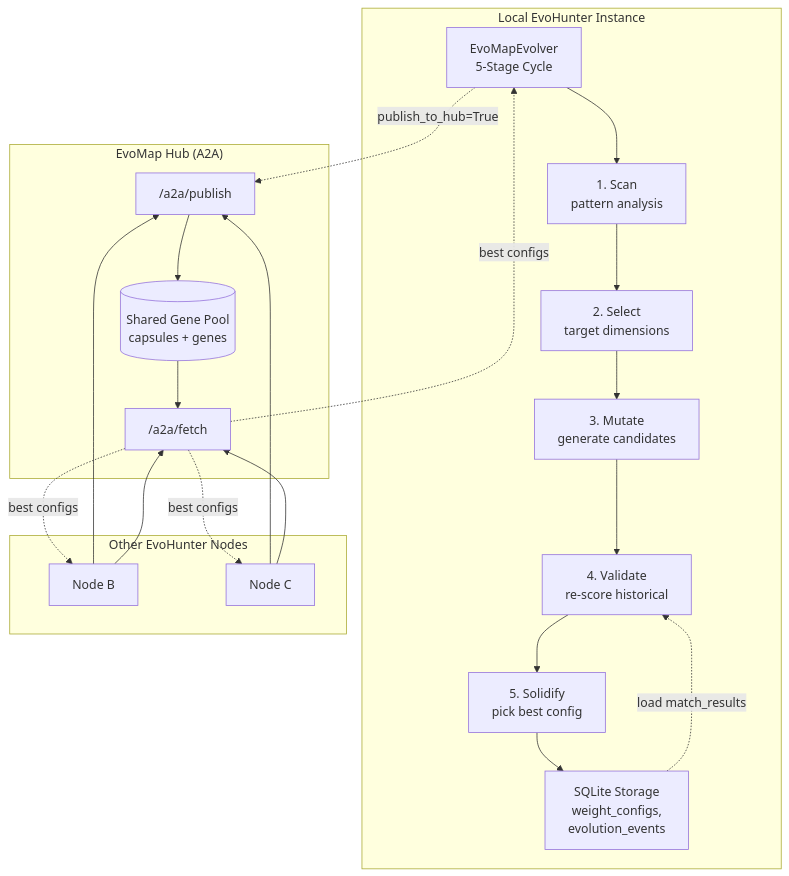
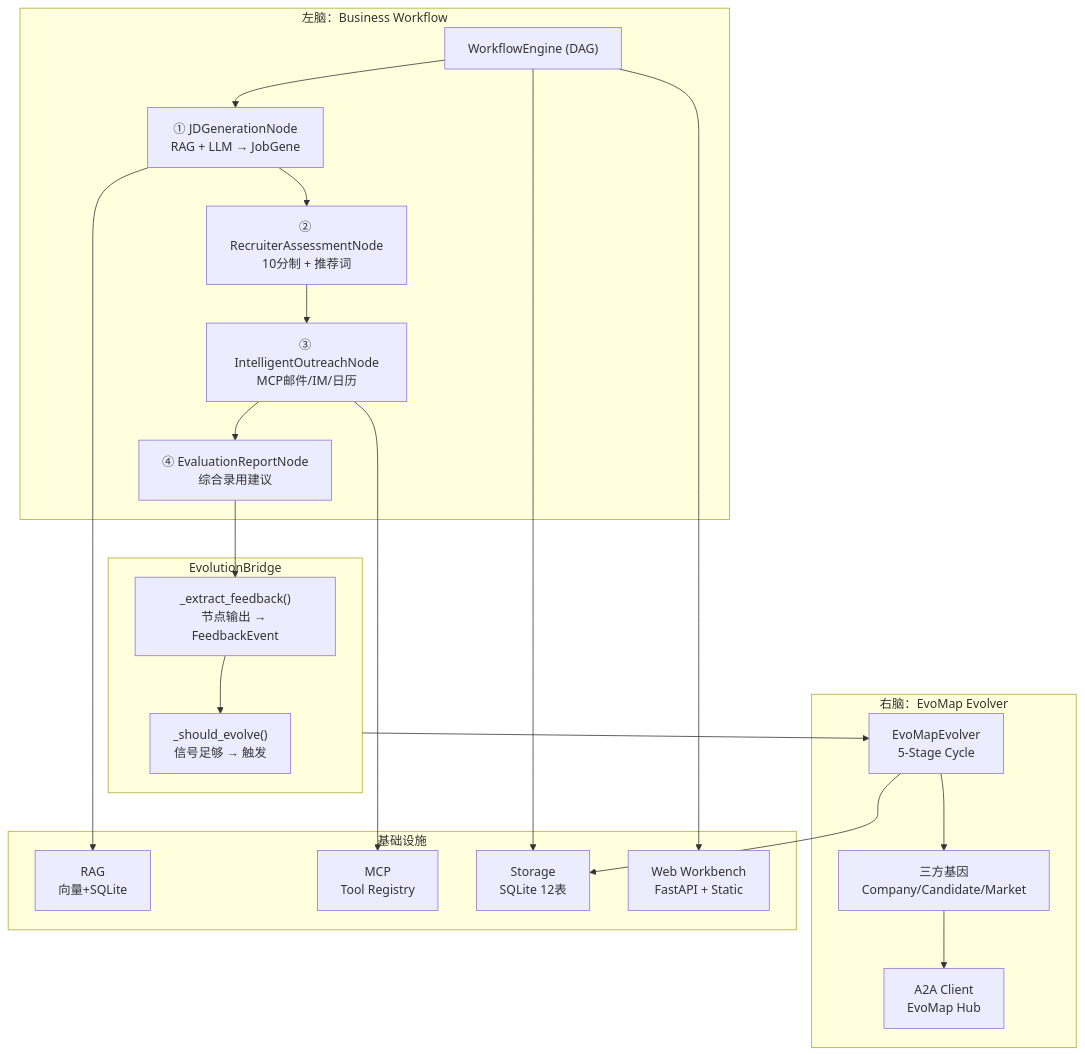
One commit to hongkaiwu-sketch/evohunter changed the diagram in README.md. Above: the diagram before and after it, drawn with Mermaid. The commit also changed other lines of this file, not shown here.

Commit message:
docs: 更新 README — 双脑架构、新模块文档、API/CLI/数据协议

````diff
--- a/README.md
+++ b/README.md
@@ -339,38 +108,40 @@
 ```mermaid
 flowchart TB
-  subgraph local["Local EvoHunter Instance"]
-    evolver["EvoMapEvolver<br/>5-Stage Cycle"]
-    scanner["1. Scan<br/>pattern analysis"]
-    selector["2. Select<br/>target dimensions"]
-    mutator["3. Mutate<br/>generate candidates"]
-    validator["4. Validate<br/>re-score historical"]
-    solidifier["5. Solidify<br/>pick best config"]
-    storage["SQLite Storage<br/>weight_configs,<br/>evolution_events"]
-    evolver --> scanner --> selector --> mutator --> validator --> solidifier
-    solidifier --> storage
-    storage -.->|"load match_results"| validator
+  subgraph left_brain["左脑：Business Workflow"]
+    workflow_engine["WorkflowEngine (DAG)"]
+    node_jd["① JDGenerationNode<br/>RAG + LLM → JobGene"]
+    node_resume["② RecruiterAssessmentNode<br/>10分制 + 推荐词"]
+    node_outreach["③ IntelligentOutreachNode<br/>MCP邮件/IM/日历"]
+    node_report["④ EvaluationReportNode<br/>综合录用建议"]
+    workflow_engine --> node_jd --> node_resume --> node_outreach --> node_report
   end
 
-  subgraph hub["EvoMap Hub (A2A)"]
-    a2a_publish["/a2a/publish"]
-    a2a_fetch["/a2a/fetch"]
-    hub_db[(Shared Gene Pool<br/>capsules + genes)]
-    a2a_publish --> hub_db
-    hub_db --> a2a_fetch
+  subgraph bridge["EvolutionBridge"]
+    extract["_extract_feedback()<br/>节点输出 → FeedbackEvent"]
+    decide["_should_evolve()<br/>信号足够 → 触发"]
+    extract --> decide
   end
 
-  subgraph network["Other EvoHunter Nodes"]
-    node2["Node B"]
-    node3["Node C"]
+  subgraph right_brain["右脑：EvoMap Evolver"]
+    evolver["EvoMapEvolver<br/>5-Stage Cycle"]
+    genes["三方基因<br/>Company/Candidate/Market"]
+    a2a["A2A Client<br/>EvoMap Hub"]
+    evolver --> genes
+    genes --> a2a
   end
 
-  evolver -.->|"publish_to_hub=True"| a2a_publish
-  node2 --> a2a_publish
-  node2 --> a2a_fetch
-  node3 --> a2a_publish
-  node3 --> a2a_fetch
+  subgraph infra["基础设施"]
+    rag["RAG<br/>向量+SQLite"]
+    mcp["MCP<br/>Tool Registry"]
+    storage["Storage<br/>SQLite 12表"]
+    web["Web Workbench<br/>FastAPI + Static"]
+  end
 
-  a2a_fetch -.->|"best configs"| evolver
-  a2a_fetch -.->|"best configs"| node2
-  a2a_fetch -.->|"best configs"| node3
+  node_report --> extract
+  bridge --> evolver
+  evolver --> storage
+  node_jd --> rag
+  node_outreach --> mcp
+  workflow_engine --> web
+  workflow_engine --> storage
 ```
````
